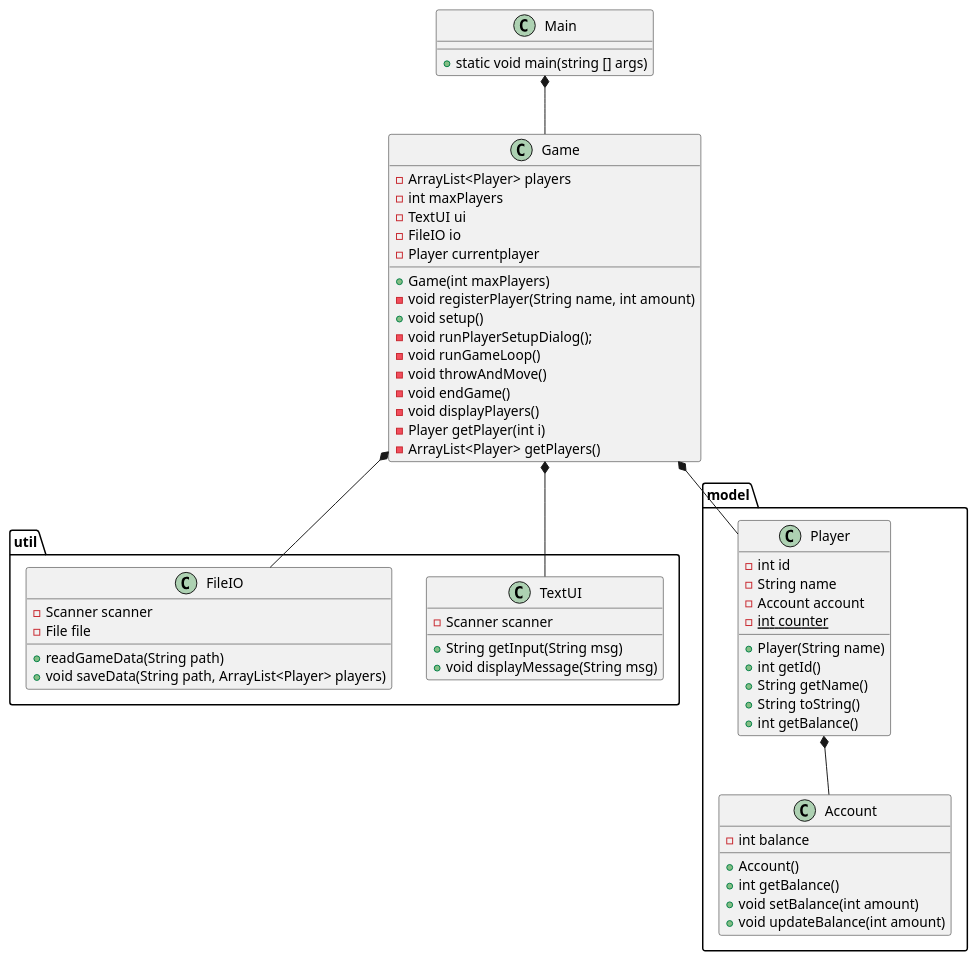
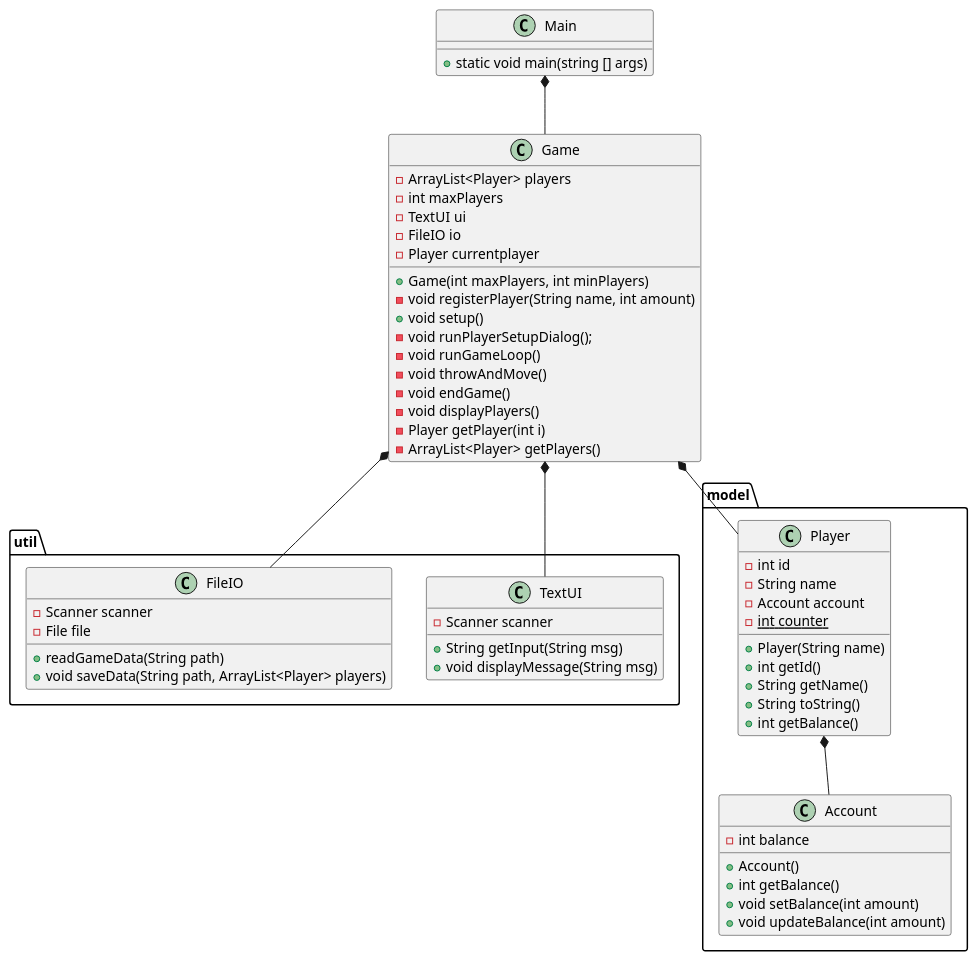
The diagram in doc/classdiagram.puml (babanoelk/Monopoly), drawn with PlantUML before and after one commit.

Commit message:
Update classdiagram.puml
new methods in Game class

```diff
--- a/doc/classdiagram.puml
+++ b/doc/classdiagram.puml
@@ -1,64 +1,64 @@
 @startuml
 'https://plantuml.com/class-diagram
 
 class Main
 class Game
 
 package "util"{
 class TextUI
 class FileIO
 }
 package "model"{
 class Player
 class Account
 }
 Main *-- Game
 Game *-- TextUI
 Game *-- FileIO
 Game *-- Player
 Player *-- Account
 
 Main : + static void main(string [] args)
 
 Player : -int id
 Player  : -String name
 Player  : -Account account
 Player  : -{static} int counter
 Player  : +Player(String name)
 Player  : +int getId()
 Player  : +String getName()
 Player  : +String toString()
 Player  : +int getBalance()
 
 Account : - int balance
 Account : + Account()
 Account : + int getBalance()
 Account : + void setBalance(int amount)
 Account : + void updateBalance(int amount)
 
 Game : - ArrayList<Player> players
 Game : - int maxPlayers
 Game : - TextUI ui
 Game : - FileIO io
 Game : - Player currentplayer
-Game : + Game(int maxPlayers)
+Game : + Game(int maxPlayers, int minPlayers)
 Game : - void registerPlayer(String name, int amount)
 Game : + void setup()
 Game : - void runPlayerSetupDialog();
 Game : - void runGameLoop()
 Game : - void throwAndMove()
 Game : - void endGame()
 Game : - void displayPlayers()
 Game : - Player getPlayer(int i)
 Game : - ArrayList<Player> getPlayers()
 
 TextUI : + String getInput(String msg)
 TextUI : - Scanner scanner
 TextUI : + void displayMessage(String msg)
 
 FileIO : - Scanner scanner
 FileIO : - File file
 FileIO : + readGameData(String path)
 FileIO : + void saveData(String path, ArrayList<Player> players)
 
 @enduml
```
